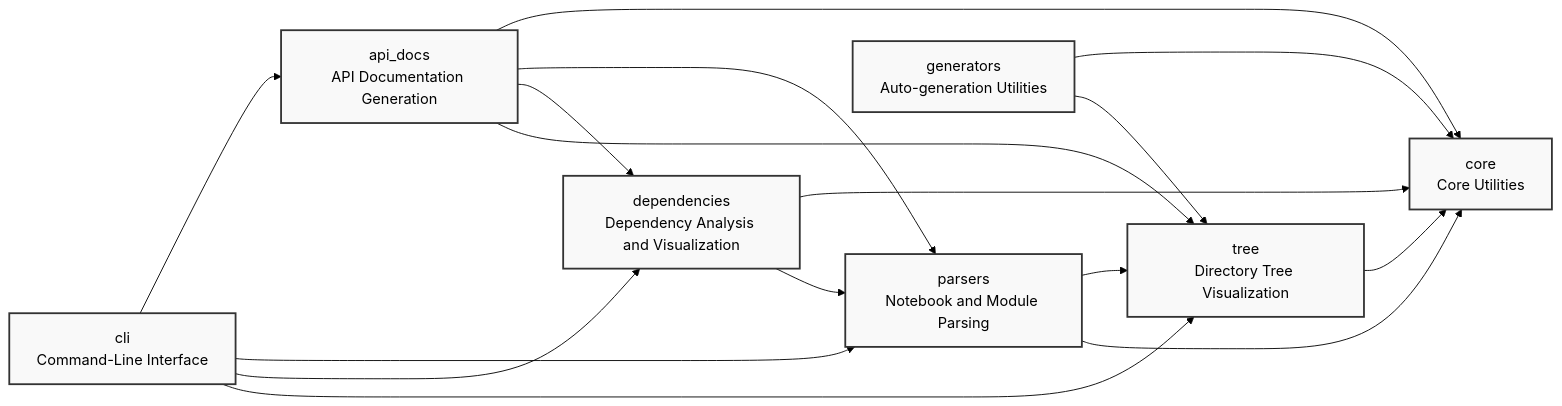
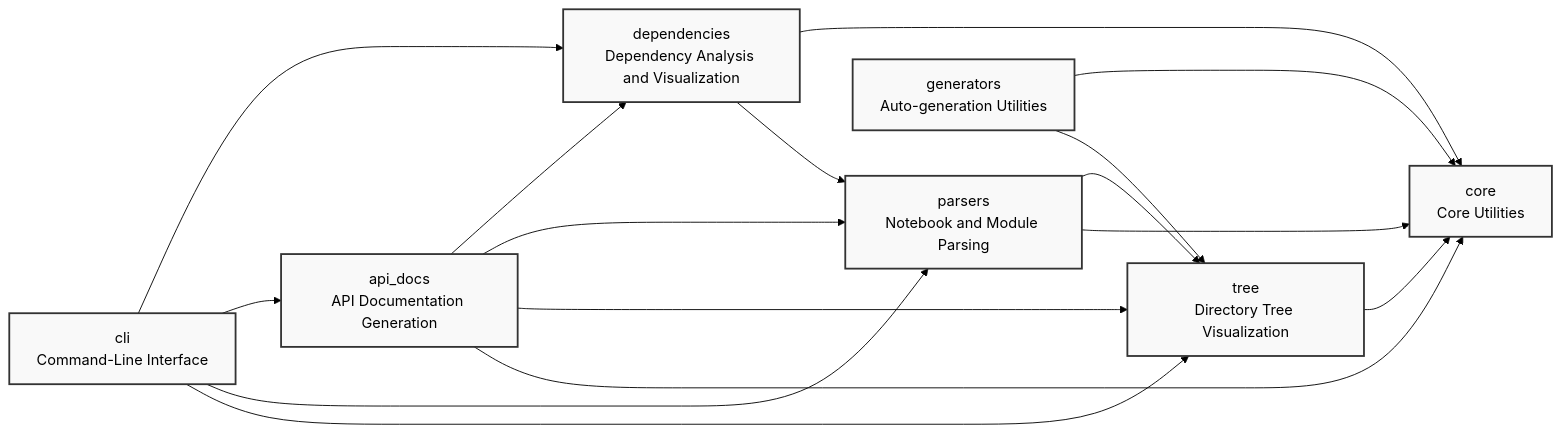
Before and after one commit to cj-mills/cjm-nbdev-overview: the diagram in README.md, drawn with Mermaid (forest theme). The commit also changed other lines of this file and 5 other files, not shown here.

````diff
--- a/README.md
+++ b/README.md
@@ -44,28 +44,28 @@
 ``` mermaid
 graph LR
     core[core<br/>Core Utilities]
     parsers[parsers<br/>Notebook and Module Parsing]
     tree[tree<br/>Directory Tree Visualization]
     api_docs[api_docs<br/>API Documentation Generation]
     dependencies[dependencies<br/>Dependency Analysis and Visualization]
     generators[generators<br/>Auto-generation Utilities]
     cli[cli<br/>Command-Line Interface]
 
     parsers --> tree
     parsers --> core
     tree --> core
+    api_docs --> dependencies
+    api_docs --> parsers
+    api_docs --> tree
     api_docs --> core
-    api_docs --> parsers
-    api_docs --> dependencies
-    api_docs --> tree
     dependencies --> core
     dependencies --> parsers
     generators --> core
     generators --> tree
+    cli --> dependencies
     cli --> api_docs
     cli --> parsers
-    cli --> dependencies
     cli --> tree
 
     classDef default fill:#f9f9f9,stroke:#333,stroke-width:2px
 ```
````
